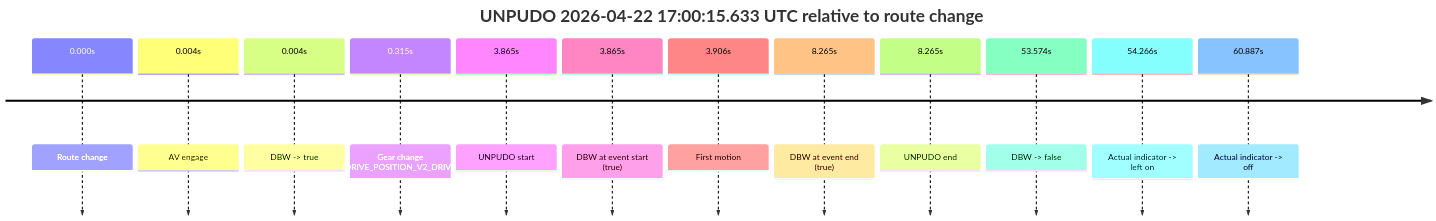
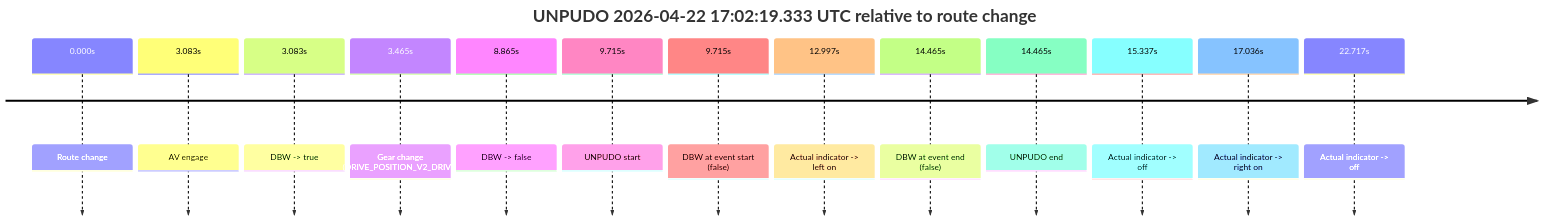
One commit to yoelshapiro/vault changed the diagram in model_analysis/report_cards/2026/04/Week-4/fme10003--2026-04-22--16-45-34--gen2-av-1ab30619-caf1-4f23-b5f0-bb02c1a94628.md. Above: the diagram before and after it, drawn with Mermaid. The commit also changed other lines of this file and 53 other files, not shown here.

````diff
--- a/model_analysis/report_cards/2026/04/Week-4/fme10003--2026-04-22--16-45-34--gen2-av-1ab30619-caf1-4f23-b5f0-bb02c1a94628.md
+++ b/model_analysis/report_cards/2026/04/Week-4/fme10003--2026-04-22--16-45-34--gen2-av-1ab30619-caf1-4f23-b5f0-bb02c1a94628.md
@@ -45,16 +46,17 @@
 ```mermaid
 timeline
-    title UNPUDO 2026-04-22 17:00:15.633 UTC relative to route change
+    title UNPUDO 2026-04-22 17:02:19.333 UTC relative to route change
     0.000s : Route change
-    0.004s : AV engage
-    0.004s : DBW -> true
-    0.315s : Gear change (DRIVE_POSITION_V2_DRIVE)
-    3.865s : UNPUDO start
-    3.865s : DBW at event start (true)
-    3.906s : First motion
-    8.265s : DBW at event end (true)
-    8.265s : UNPUDO end
-    53.574s : DBW -> false
-    54.266s : Actual indicator -> left on
-    60.887s : Actual indicator -> off
+    3.083s : AV engage
+    3.083s : DBW -> true
+    3.465s : Gear change (DRIVE_POSITION_V2_DRIVE)
+    8.865s : DBW -> false
+    9.715s : UNPUDO start
+    9.715s : DBW at event start (false)
+    12.997s : Actual indicator -> left on
+    14.465s : DBW at event end (false)
+    14.465s : UNPUDO end
+    15.337s : Actual indicator -> off
+    17.036s : Actual indicator -> right on
+    22.717s : Actual indicator -> off
 ```
````
